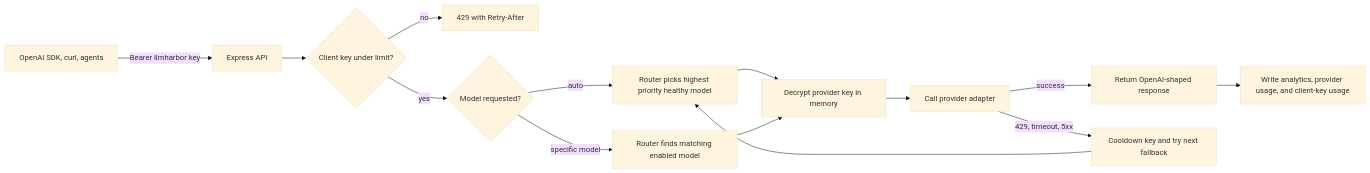
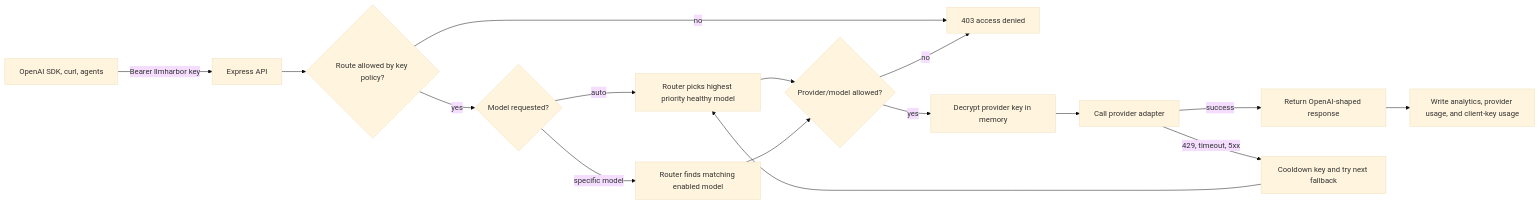
The diagram in README.md (PLASMA-FR/LLMHarbor), drawn with Mermaid (base theme) before and after one commit. The commit also changed other lines of this file and 35 other files, not shown here.

````diff
--- a/README.md
+++ b/README.md
@@ -415,16 +437,18 @@
 ```mermaid
 flowchart LR
   A[OpenAI SDK, curl, agents] -->|Bearer llmharbor key| B[Express API]
-  B --> L{Client key under limit?}
-  L -->|no| R[429 with Retry-After]
-  L -->|yes| C{Model requested?}
+  B --> P{Route allowed by key policy?}
+  P -->|no| Z[403 access denied]
+  P -->|yes| C{Model requested?}
   C -->|auto| D[Router picks highest priority healthy model]
   C -->|specific model| E[Router finds matching enabled model]
-  D --> F[Decrypt provider key in memory]
-  E --> F
+  D --> Q{Provider/model allowed?}
+  E --> Q
+  Q -->|no| Z
+  Q -->|yes| F[Decrypt provider key in memory]
   F --> G[Call provider adapter]
   G -->|success| H[Return OpenAI-shaped response]
   G -->|429, timeout, 5xx| I[Cooldown key and try next fallback]
   I --> D
   H --> J[Write analytics, provider usage, and client-key usage]
 ```
````
